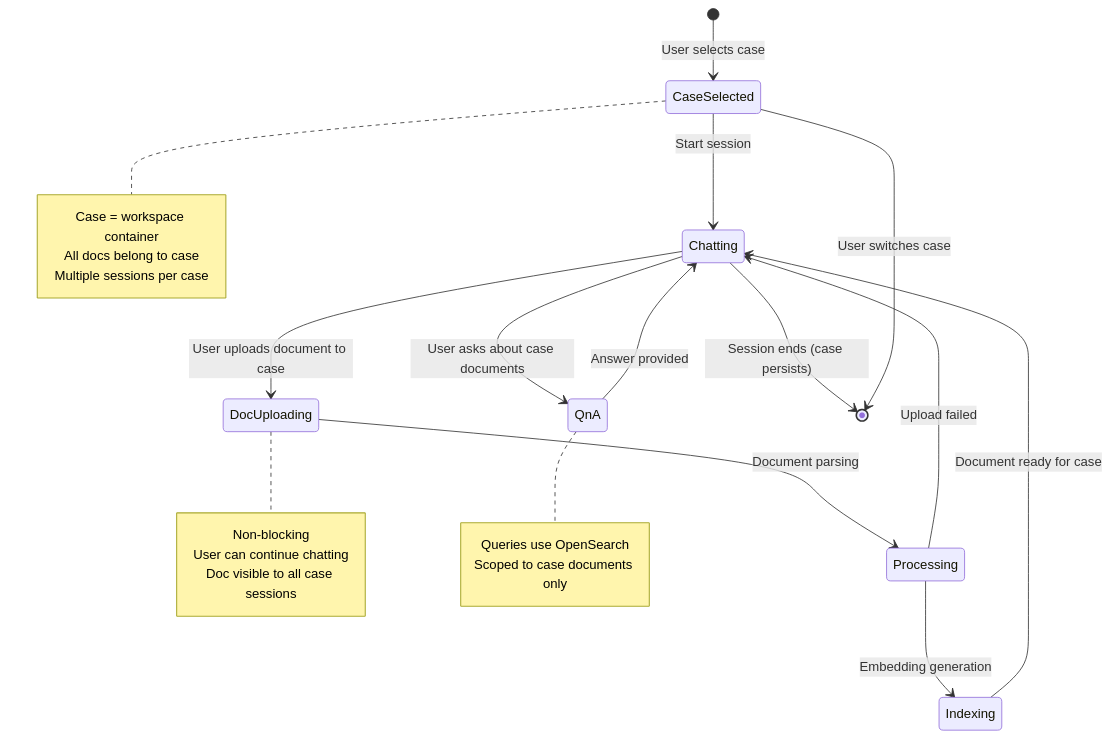
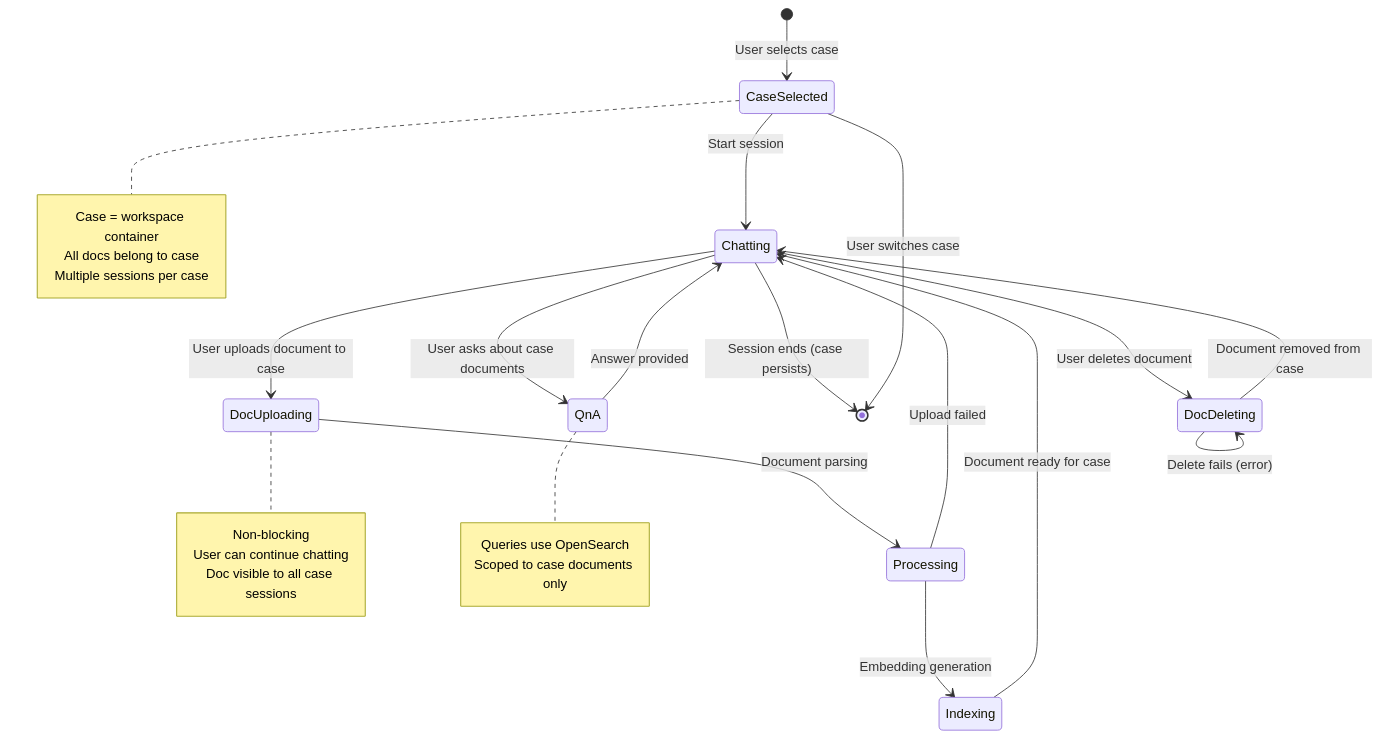
The first of 2 diagrams in docs/chat_with_doc_upload_flow.md (anguyenbus/ragflowdemo), drawn with Mermaid before and after one commit. The commit also changed other lines of this file, not shown here.

````diff
--- a/docs/chat_with_doc_upload_flow.md
+++ b/docs/chat_with_doc_upload_flow.md
@@ -24,33 +24,37 @@
 ```mermaid
 stateDiagram-v2
     [*] --> CaseSelected: User selects case
     CaseSelected --> Chatting: Start session
     Chatting --> DocUploading: User uploads document to case
     DocUploading --> Processing: Document parsing
     Processing --> Indexing: Embedding generation
     Indexing --> Chatting: Document ready for case
     Processing --> Chatting: Upload failed
 
     Chatting --> QnA: User asks about case documents
     QnA --> Chatting: Answer provided
 
     Chatting --> [*]: Session ends (case persists)
     CaseSelected --> [*]: User switches case
 
     note right of CaseSelected
         Case = workspace container
         All docs belong to case
         Multiple sessions per case
     end note
 
     note right of DocUploading
         Non-blocking
         User can continue chatting
         Doc visible to all case sessions
     end note
 
     note right of QnA
         Queries use OpenSearch
         Scoped to case documents only
     end note
+
+    Chatting --> DocDeleting: User deletes document
+    DocDeleting --> Chatting: Document removed from case
+    DocDeleting --> DocDeleting: Delete fails (error)
 ```
````
